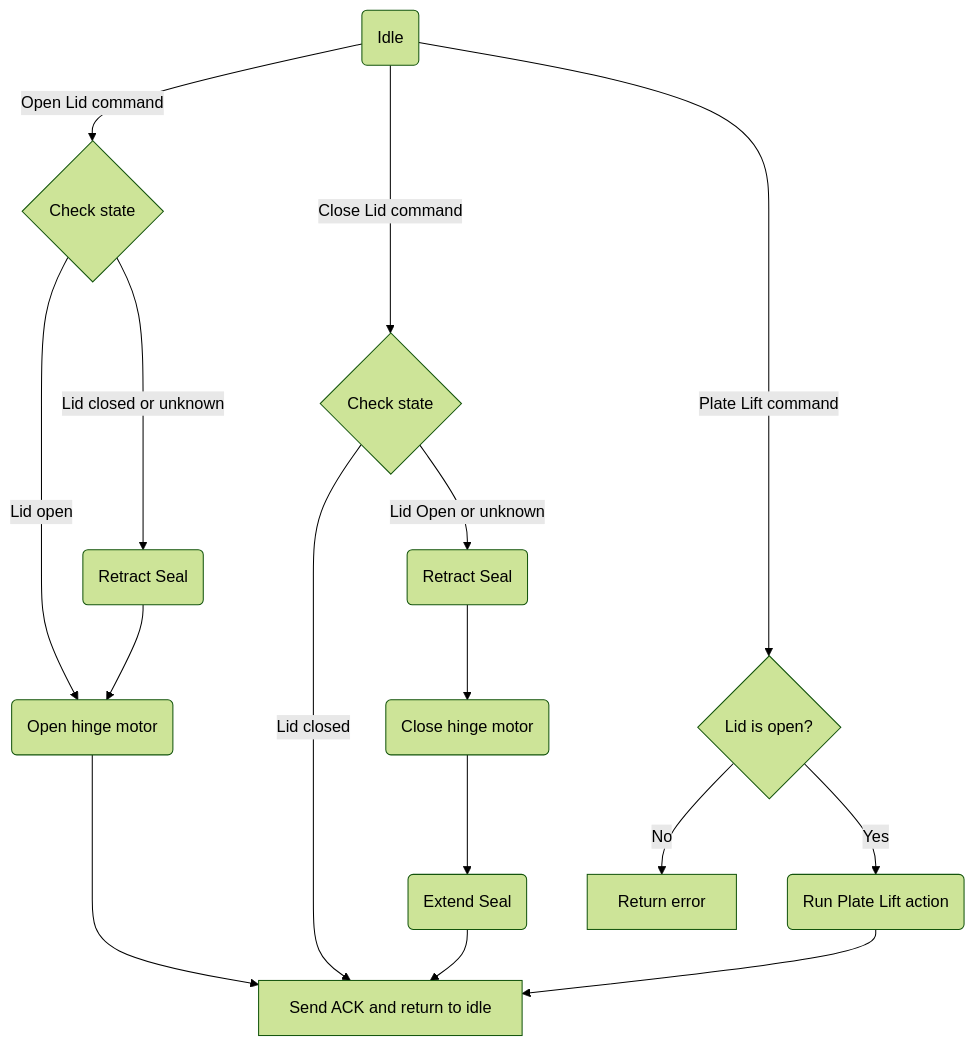
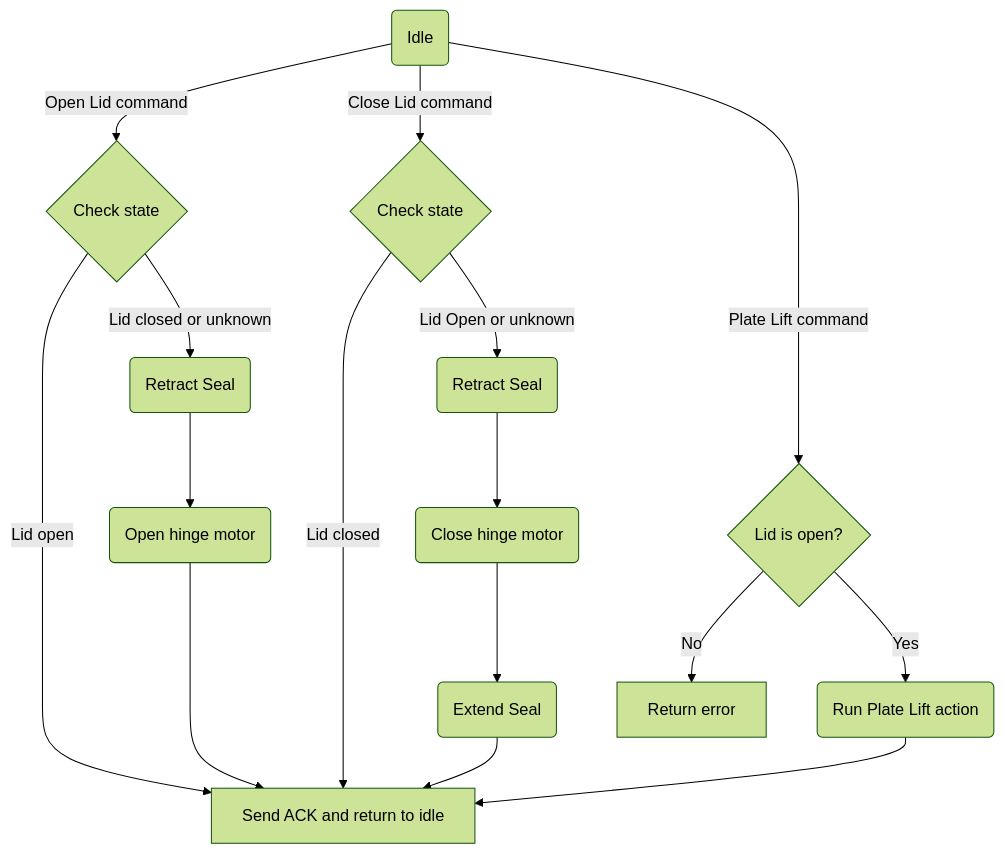
Before and after one commit to Opentrons/opentrons-modules: the first of 3 diagrams in stm32-modules/thermocycler-gen2/firmware/motor_task/README.md, drawn with Mermaid (forest theme).

Commit message:
Small change to make Motor Task flowchart more accurate

````diff
--- a/stm32-modules/thermocycler-gen2/firmware/motor_task/README.md
+++ b/stm32-modules/thermocycler-gen2/firmware/motor_task/README.md
@@ -6,31 +6,31 @@
 ```mermaid
 graph TD
     A(Idle)
     C{Check state}
     D{Check state}
     F(Retract Seal)
     Falt(Retract Seal)
     G(Extend Seal)
     E[Send ACK and return to idle]
     H(Open hinge motor)
     I(Close hinge motor)
 
     LiftCheck{Lid is open?}
     LiftFail[Return error]
     LiftRun(Run Plate Lift action)
 
     A -->|Open Lid command| C
     A -->|Close Lid command| D
-    C ---->|Lid open| H
+    C ---->|Lid open| E
     D ---->|Lid closed| E
     C -->|Lid closed or unknown| F
     D -->|Lid Open or unknown| Falt
     F --> H 
     Falt --> I
     I --> G 
     G --> E
     H ---> E
     A -->|Plate Lift command| LiftCheck
     LiftCheck -->|No| LiftFail
     LiftCheck -->|Yes| LiftRun --> E
 ```
````
